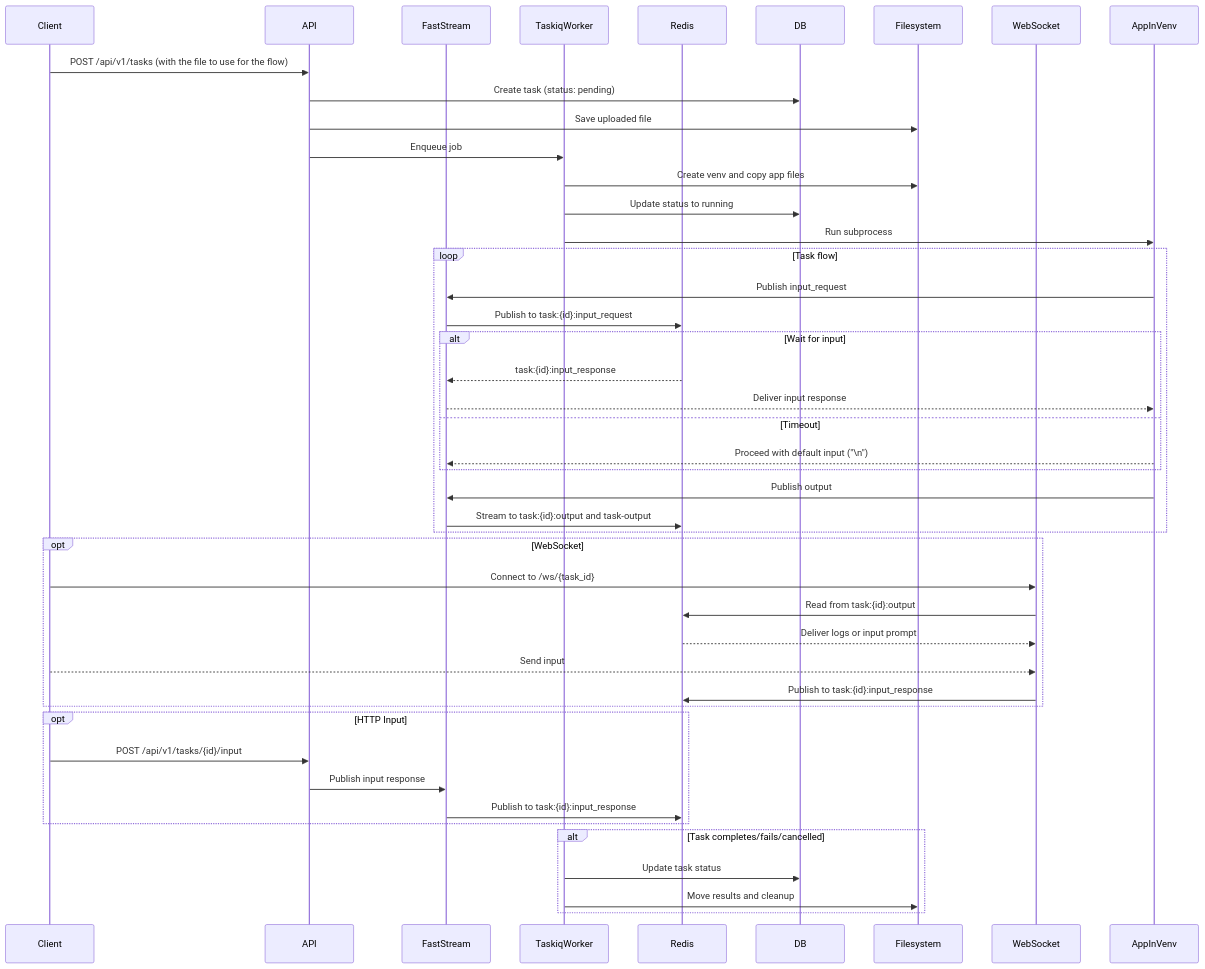
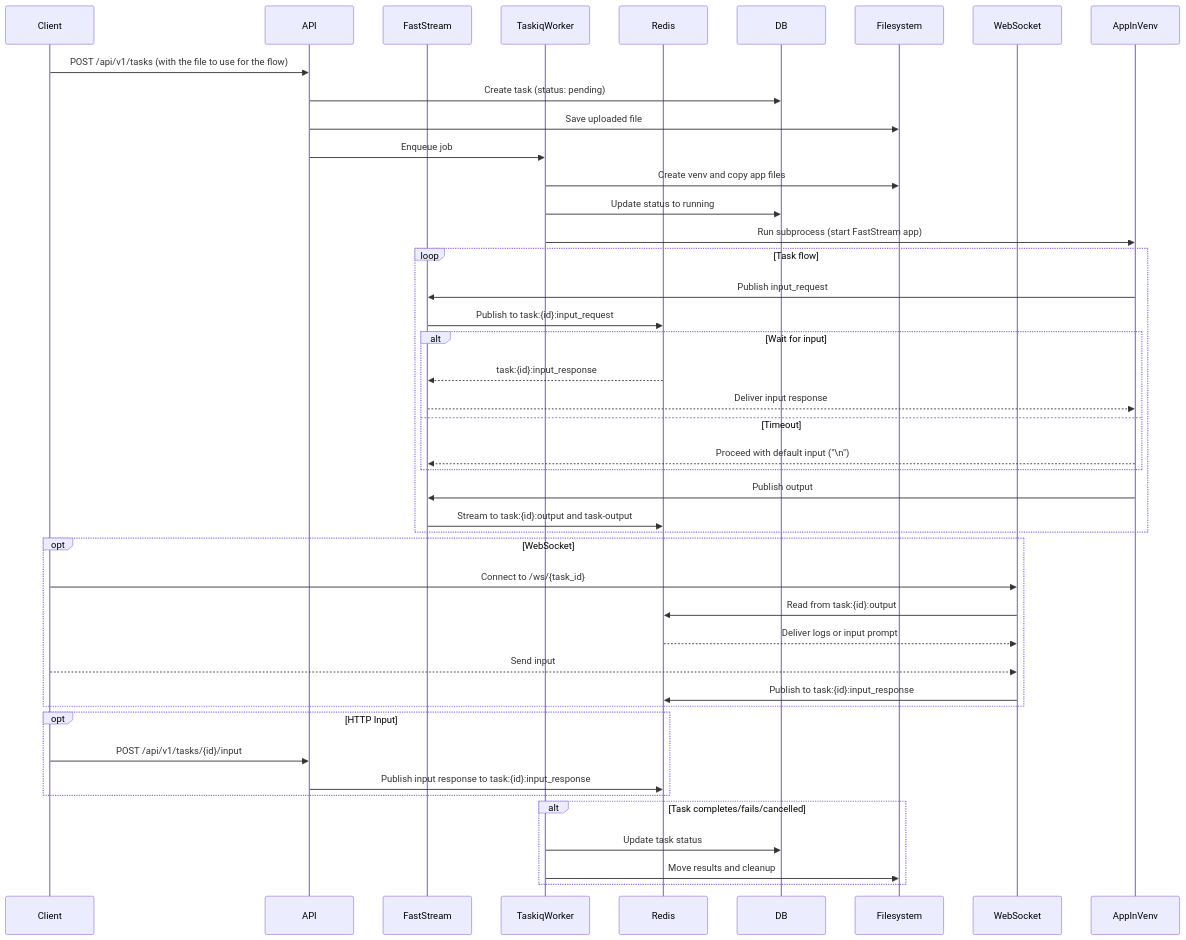
One commit to waldiez/runner changed the diagram in README.md. Above: the diagram before and after it, drawn with Mermaid. The commit also changed other lines of this file, not shown here.

````diff
--- a/README.md
+++ b/README.md
@@ -18,55 +18,54 @@
 ```mermaid
 sequenceDiagram
     participant Client
     participant API
     participant FastStream
     participant TaskiqWorker
     participant Redis
     participant DB
     participant Filesystem
     participant WebSocket
     participant AppInVenv
 
     Client->>API: POST /api/v1/tasks (with the file to use for the flow)
     API->>DB: Create task (status: pending)
     API->>Filesystem: Save uploaded file
     API->>TaskiqWorker: Enqueue job
 
     TaskiqWorker->>Filesystem: Create venv and copy app files
     TaskiqWorker->>DB: Update status to running
-    TaskiqWorker->>AppInVenv: Run subprocess
+    TaskiqWorker->>AppInVenv: Run subprocess (start FastStream app)
 
     loop Task flow
         AppInVenv->>FastStream: Publish input_request
         FastStream->>Redis: Publish to task:{id}:input_request
 
         alt Wait for input
             Redis-->>FastStream: task:{id}:input_response
             FastStream-->>AppInVenv: Deliver input response
         else Timeout
             AppInVenv-->>FastStream: Proceed with default input ("\n")
         end
 
         AppInVenv->>FastStream: Publish output
         FastStream->>Redis: Stream to task:{id}:output and task-output
     end
 
     opt WebSocket
         Client->>WebSocket: Connect to /ws/{task_id}
         WebSocket->>Redis: Read from task:{id}:output
         Redis-->>WebSocket: Deliver logs or input prompt
         Client-->>WebSocket: Send input
         WebSocket->>Redis: Publish to task:{id}:input_response
     end
 
     opt HTTP Input
         Client->>API: POST /api/v1/tasks/{id}/input
-        API->>FastStream: Publish input response
-        FastStream->>Redis: Publish to task:{id}:input_response
+        API->>Redis: Publish input response to task:{id}:input_response
     end
 
     alt Task completes/fails/cancelled
         TaskiqWorker->>DB: Update task status
         TaskiqWorker->>Filesystem: Move results and cleanup
     end
 ```
````
